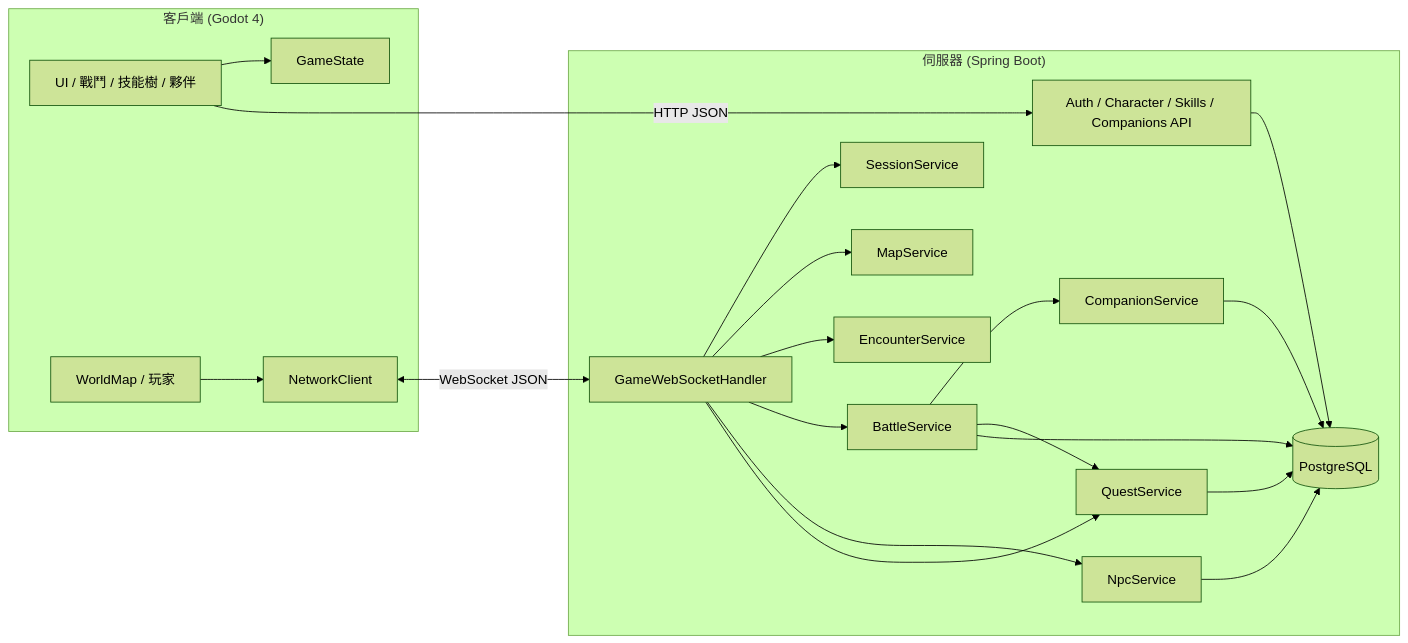
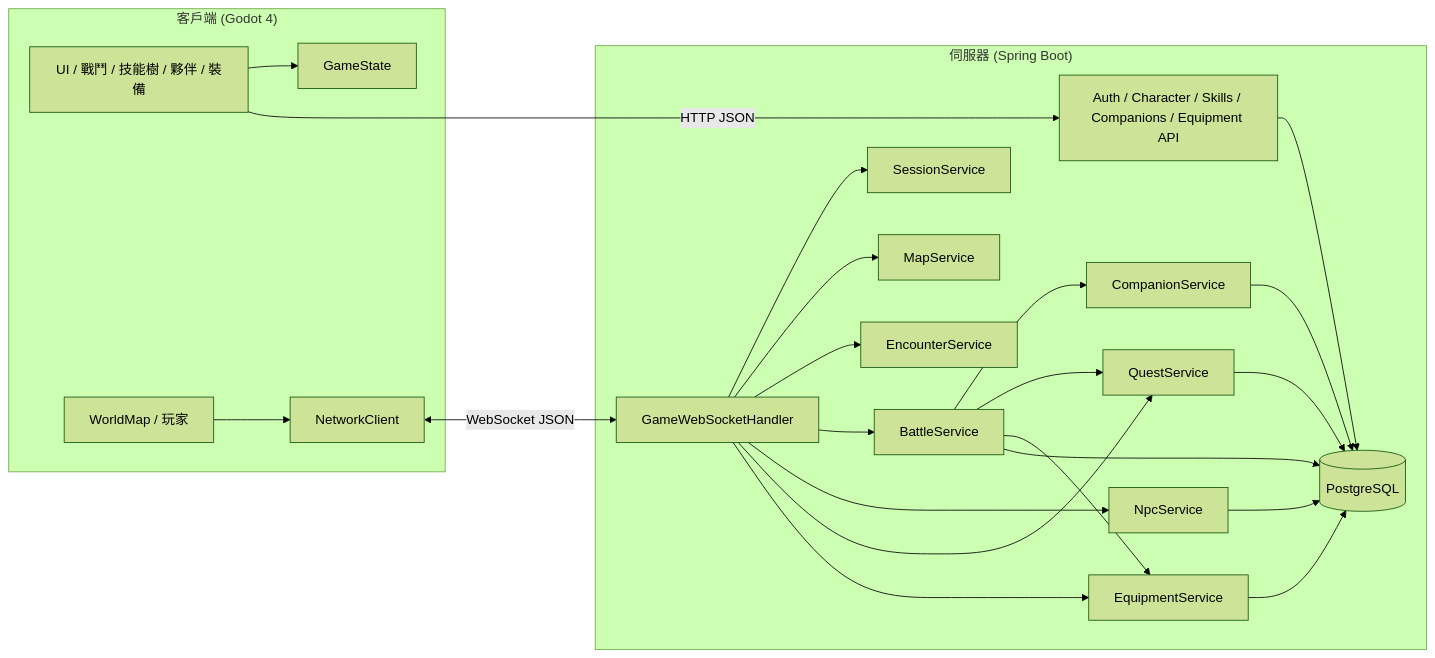
The diagram in README.md (cliffjusttest/DeJaBu), drawn with Mermaid (forest theme) before and after one commit. The commit also changed other lines of this file and 21 other files, not shown here.

First line of the commit message:
feat: add equipment system with 9 slots and battle stat integration

````diff
--- a/README.md
+++ b/README.md
@@ -7,40 +7,44 @@
 ```mermaid
 flowchart LR
     subgraph Client["客戶端 (Godot 4)"]
-        UI[UI / 戰鬥 / 技能樹 / 夥伴]
+        UI[UI / 戰鬥 / 技能樹 / 夥伴 / 裝備]
         World[WorldMap / 玩家]
         Net[NetworkClient]
         State[GameState]
     end
 
     subgraph Server["伺服器 (Spring Boot)"]
-        REST[Auth / Character / Skills / Companions API]
+        REST[Auth / Character / Skills / Companions / Equipment API]
         WS[GameWebSocketHandler]
         Session[SessionService]
         Battle[BattleService]
         Map[MapService]
         Encounter[EncounterService]
         Companion[CompanionService]
         NPC[NpcService]
         Quest[QuestService]
+        Equipment[EquipmentService]
         DB[(PostgreSQL)]
     end
 
     UI --> State
     World --> Net
     UI -->|HTTP JSON| REST
     Net <-->|WebSocket JSON| WS
     REST --> DB
     WS --> Session
     WS --> Map
     WS --> Encounter
     WS --> Battle
     WS --> NPC
     WS --> Quest
+    WS --> Equipment
     Battle --> Companion
     Battle --> Quest
+    Battle --> Equipment
     Battle --> DB
     Companion --> DB
     NPC --> DB
     Quest --> DB
+    Equipment --> DB
 ```
````
